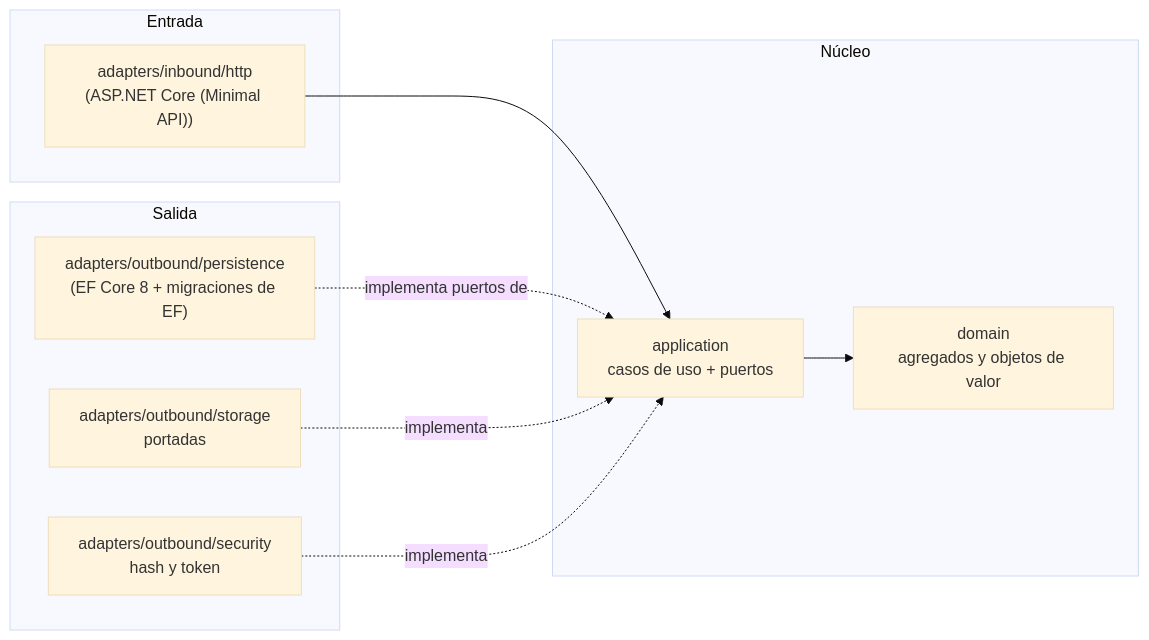
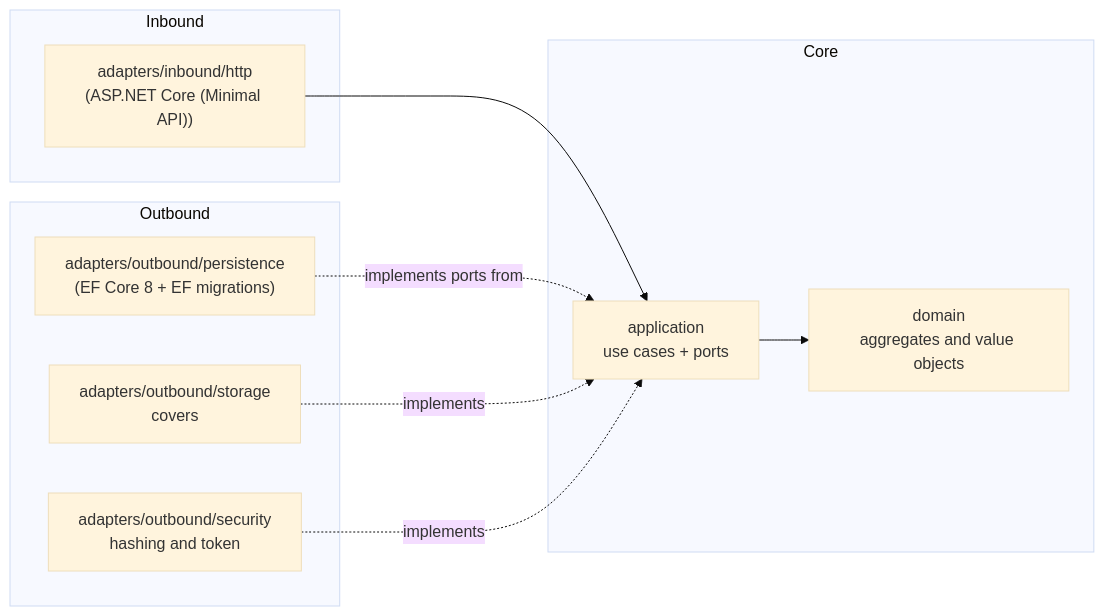
Before and after one commit to Santiag077127/test-manager-library-3145555-docs: the first of 2 diagrams in spec-.net/architecture.md, drawn with Mermaid (base theme). The commit also changed other lines of this file and 1 other file, not shown here.

Commit message:
docs: translate architecture documents

````diff
--- a/spec-.net/architecture.md
+++ b/spec-.net/architecture.md
@@ -7,19 +8,19 @@
 ```mermaid
 flowchart LR
-    subgraph Entrada
+    subgraph Inbound
       HTTP["adapters/inbound/http<br/>(ASP.NET Core (Minimal API))"]
     end
-    subgraph Núcleo
-      APP["application<br/>casos de uso + puertos"]
-      DOM["domain<br/>agregados y objetos de valor"]
+    subgraph Core
+      APP["application<br/>use cases + ports"]
+      DOM["domain<br/>aggregates and value objects"]
     end
-    subgraph Salida
-      DB["adapters/outbound/persistence<br/>(EF Core 8 + migraciones de EF)"]
-      STO["adapters/outbound/storage<br/>portadas"]
-      SEC["adapters/outbound/security<br/>hash y token"]
+    subgraph Outbound
+      DB["adapters/outbound/persistence<br/>(EF Core 8 + EF migrations)"]
+      STO["adapters/outbound/storage<br/>covers"]
+      SEC["adapters/outbound/security<br/>hashing and token"]
     end
     HTTP --> APP --> DOM
-    DB -. implementa puertos de .-> APP
-    STO -. implementa .-> APP
-    SEC -. implementa .-> APP
+    DB -. implements ports from .-> APP
+    STO -. implements .-> APP
+    SEC -. implements .-> APP
 ```
````
